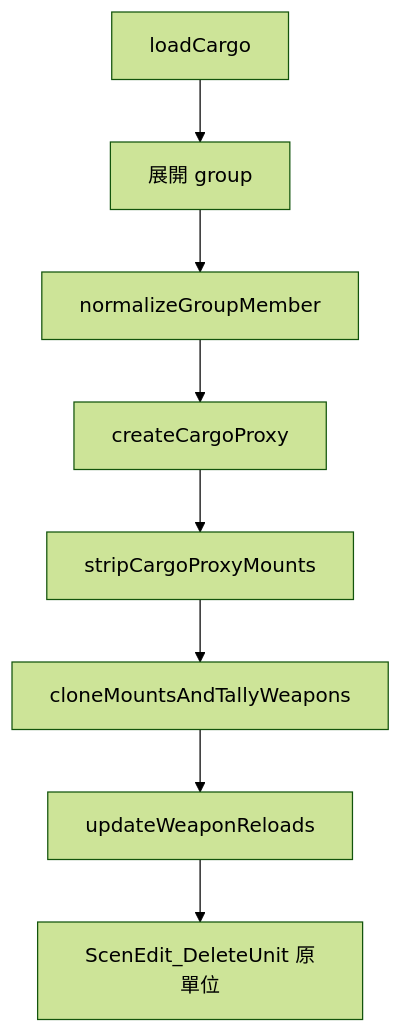
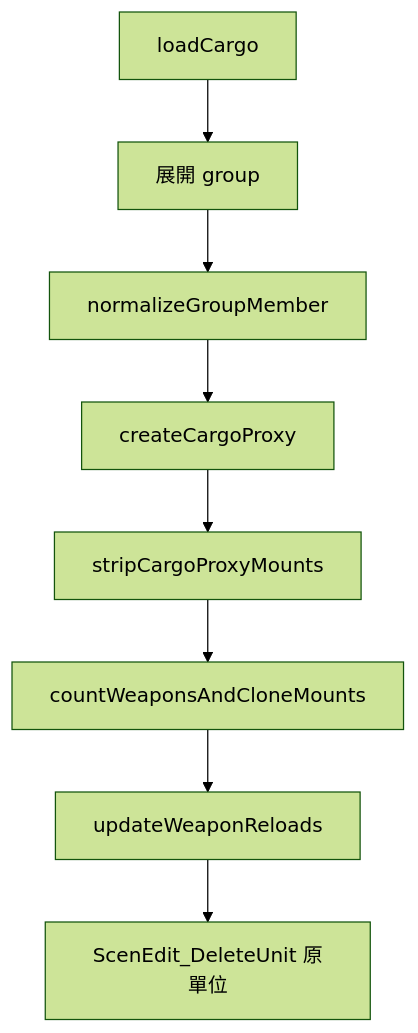
Before and after one commit to pullupjumper/formosa-in-flames: the diagram in docs/missileSystem/cargoProxy.md, drawn with Mermaid (forest theme). The commit also changed other lines of this file and 37 other files, not shown here.

````diff
--- a/docs/missileSystem/cargoProxy.md
+++ b/docs/missileSystem/cargoProxy.md
@@ -34,10 +34,10 @@
 ```mermaid
 flowchart TD
     A[loadCargo] --> B[展開 group]
     B --> C[normalizeGroupMember]
     C --> D[createCargoProxy]
     D --> E[stripCargoProxyMounts]
-    E --> F[cloneMountsAndTallyWeapons]
+    E --> F[countWeaponsAndCloneMounts]
     F --> G[updateWeaponReloads]
     G --> H[ScenEdit_DeleteUnit 原單位]
 ```
````
